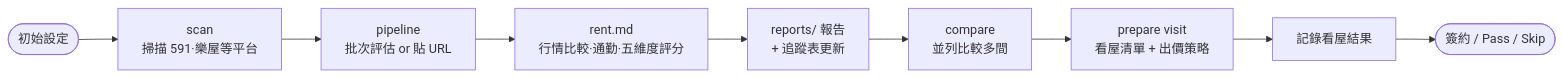
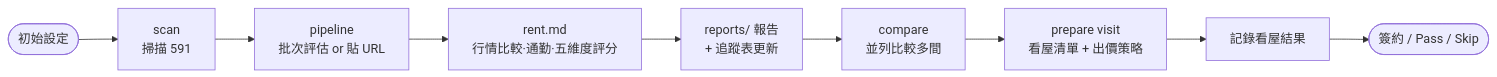
Before and after one commit to Kaminoikari/house-ops: the fourth of 7 diagrams in TUTORIAL.md, drawn with Mermaid. The commit also changed other lines of this file and 8 other files, not shown here.

````diff
--- a/TUTORIAL.md
+++ b/TUTORIAL.md
@@ -110,11 +110,11 @@
 ```mermaid
 flowchart LR
-    OB([初始設定]) --> Scan["scan\n掃描 591·樂屋等平台"]
+    OB([初始設定]) --> Scan["scan\n掃描 591"]
     Scan --> Pipeline["pipeline\n批次評估 or 貼 URL"]
     Pipeline --> Eval["rent.md\n行情比較·通勤·五維度評分"]
     Eval --> Report["reports/ 報告\n+ 追蹤表更新"]
     Report --> Compare["compare\n並列比較多間"]
     Compare --> Visit["prepare visit\n看屋清單 + 出價策略"]
     Visit --> Post["記錄看屋結果"]
     Post --> Done(["簽約 / Pass / Skip"])
 ```
````
